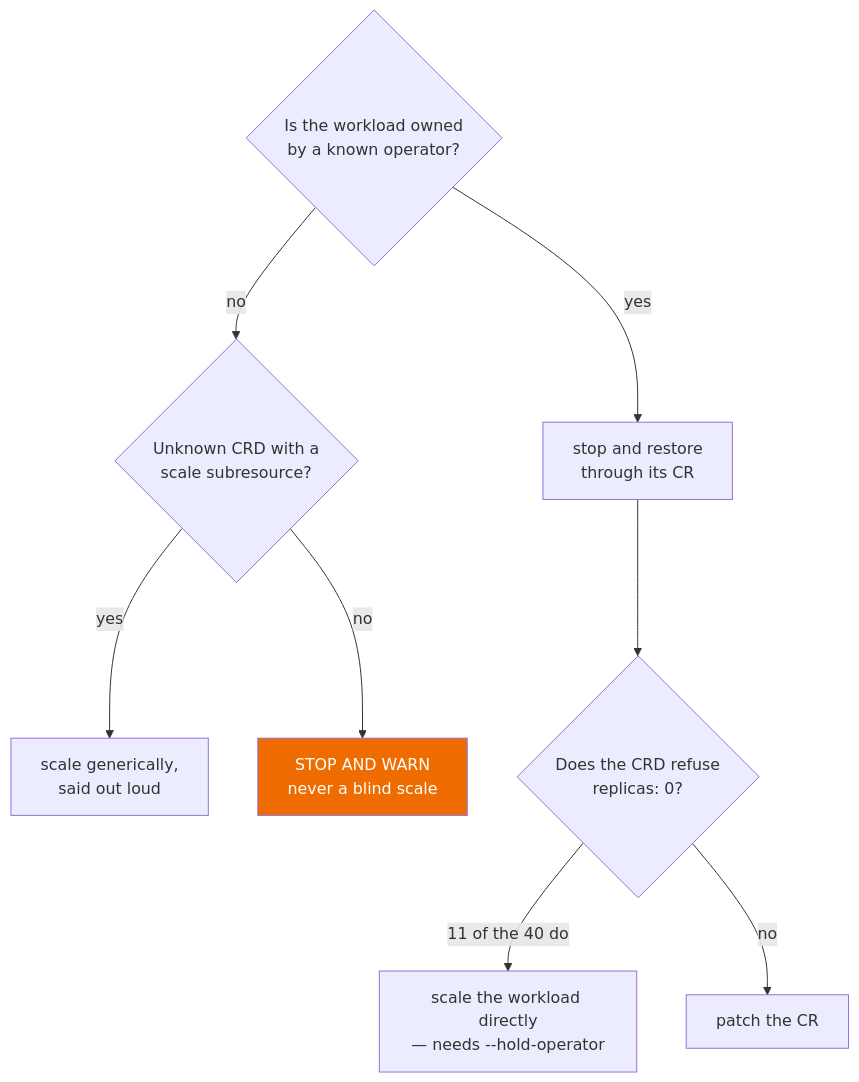
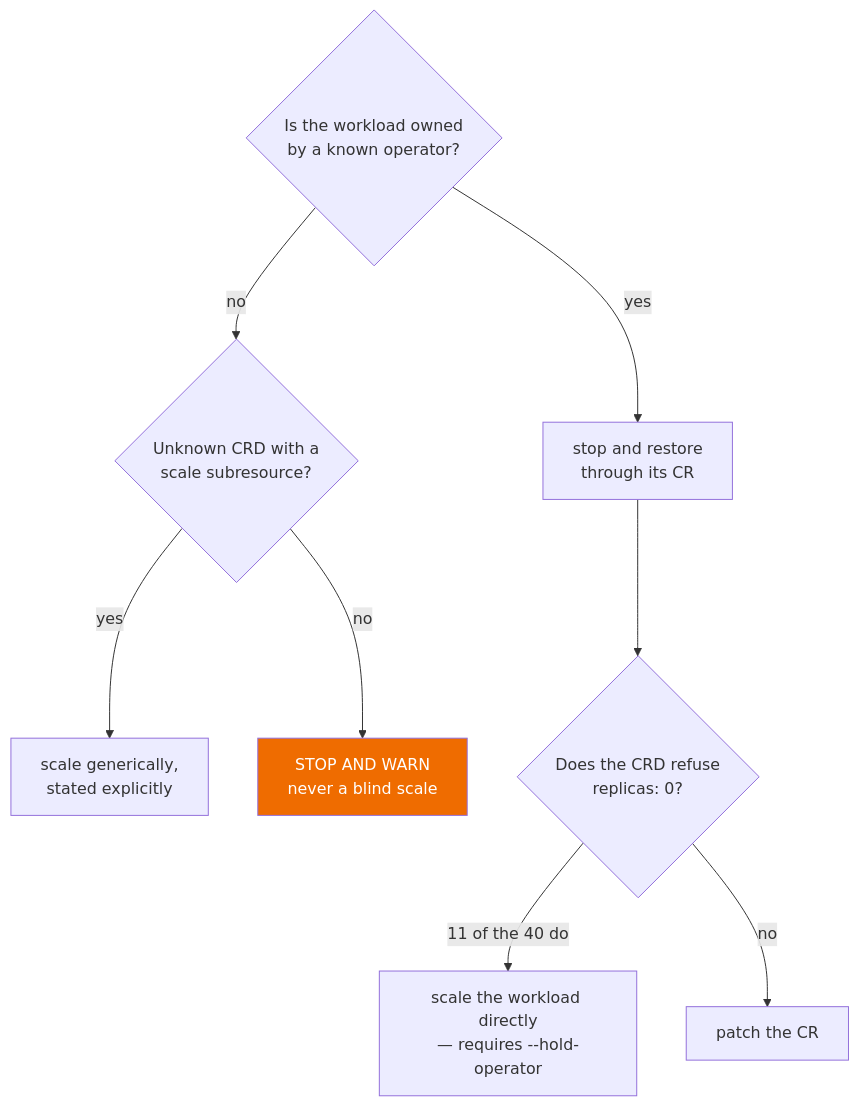
The third of 3 diagrams in README.md (CalzDevOps/trident-port-overview), drawn with Mermaid before and after one commit. The commit also changed other lines of this file, not shown here.

````diff
--- a/README.md
+++ b/README.md
@@ -385,11 +416,11 @@
 ```mermaid
 flowchart TD
     A{Is the workload owned<br/>by a known operator?} -->|yes| B[stop and restore<br/>through its CR]
     A -->|no| C{Unknown CRD with a<br/>scale subresource?}
-    C -->|yes| D[scale generically,<br/>said out loud]
+    C -->|yes| D[scale generically,<br/>stated explicitly]
     C -->|no| E[STOP AND WARN<br/>never a blind scale]
     B --> F{Does the CRD refuse<br/>replicas: 0?}
-    F -->|11 of the 40 do| G[scale the workload directly<br/>— needs --hold-operator]
+    F -->|11 of the 40 do| G[scale the workload directly<br/>— requires --hold-operator]
     F -->|no| H[patch the CR]
     style E fill:#ef6c00,color:#fff
 ```
````
